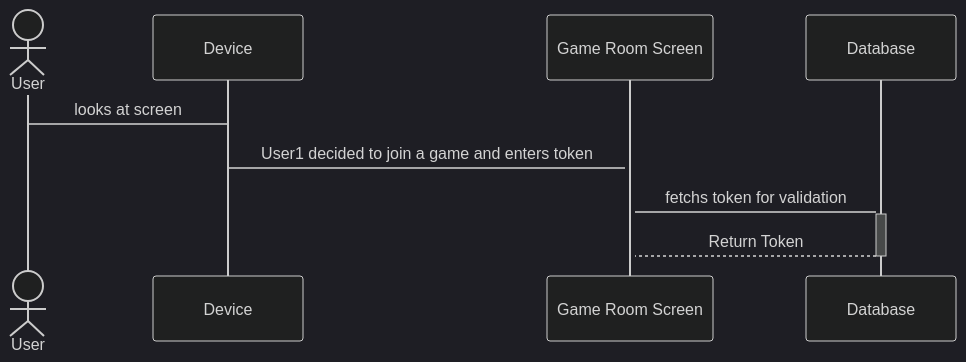
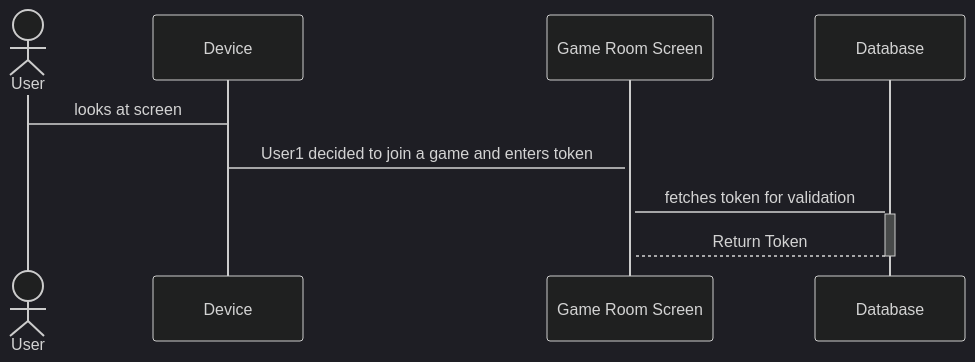
The first of 4 diagrams in documentation/docs/requirements/use-case-descriptions.md (henryschoemer/project-aac-game-team-b_bugfix_team6), drawn with Mermaid (dark theme) before and after one commit. The commit also changed other lines of this file, not shown here.

````diff
--- a/documentation/docs/requirements/use-case-descriptions.md
+++ b/documentation/docs/requirements/use-case-descriptions.md
@@ -28,15 +28,15 @@
 ```mermaid
 sequenceDiagram 
     actor User
     participant D as Device
     participant GR as Game Room Screen
     participant Database
 
 
 
 
     User -> D: looks at screen 
     D ->+ GR: User1 decided to join a game and enters token
-    GR ->+ Database: fetchs token for validation
+    GR ->+ Database: fetches token for validation
     Database -->- GR: Return Token
 ```    
````
